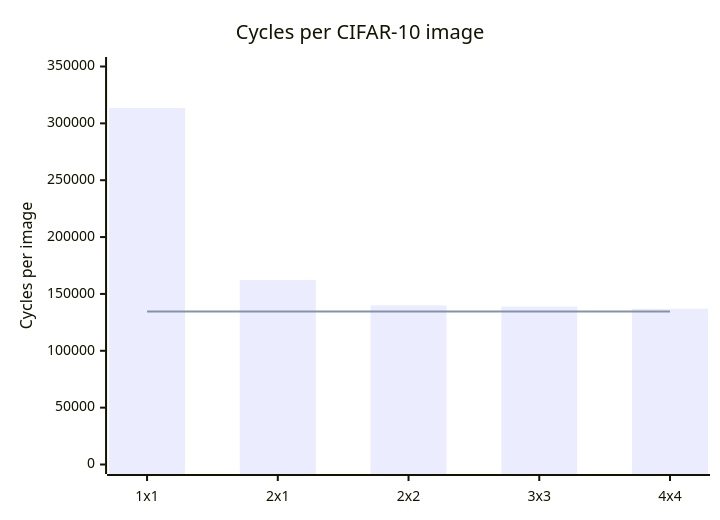
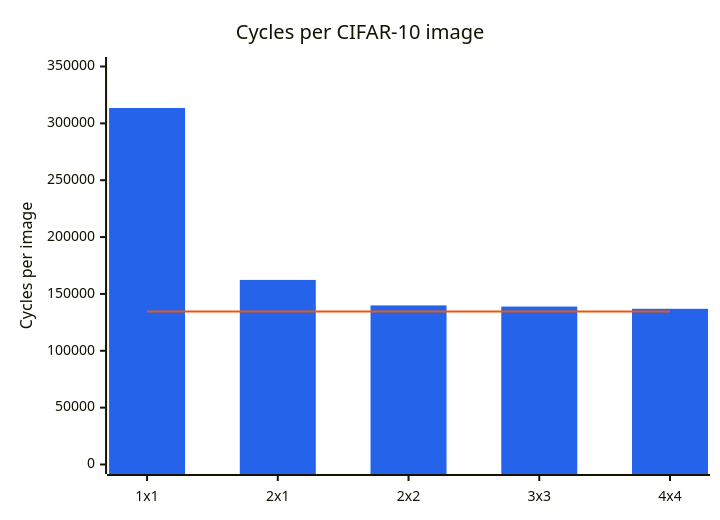
The first of 2 diagrams in docs/perf/scaling.md (dzheng1328/hw-GEMM-accelerator), drawn with Mermaid before and after one commit. The commit also changed other lines of this file and 5 other files, not shown here.

Commit message:
perf reports: the xycharts set a blue and orange palette (mermaid's default first series is a lavender that vanishes on white); scaling.md and lm.md re-rendered

````diff
--- a/docs/perf/scaling.md
+++ b/docs/perf/scaling.md
@@ -24,8 +24,9 @@
 ```mermaid
+%%{init: {"themeVariables": {"xyChart": {"plotColorPalette": "#2563eb, #ea580c"}}}}%%
 xychart-beta
     title "Cycles per CIFAR-10 image"
     x-axis ["1x1", "2x1", "2x2", "3x3", "4x4"]
     y-axis "Cycles per image" 0 --> 350000
     bar [313516, 162310, 139913, 138889, 136919]
     line [134482, 134482, 134482, 134482, 134482]
 ```
````
